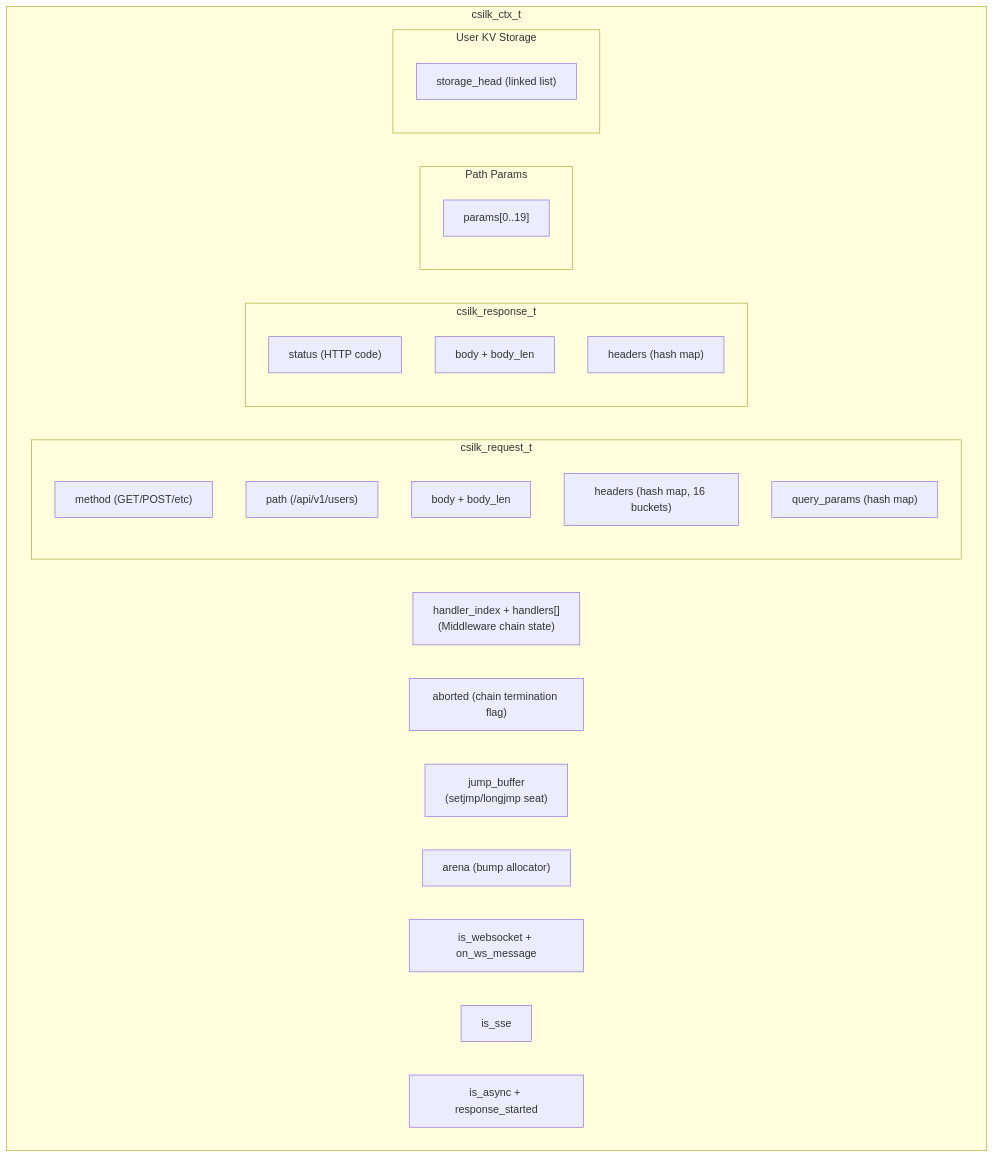
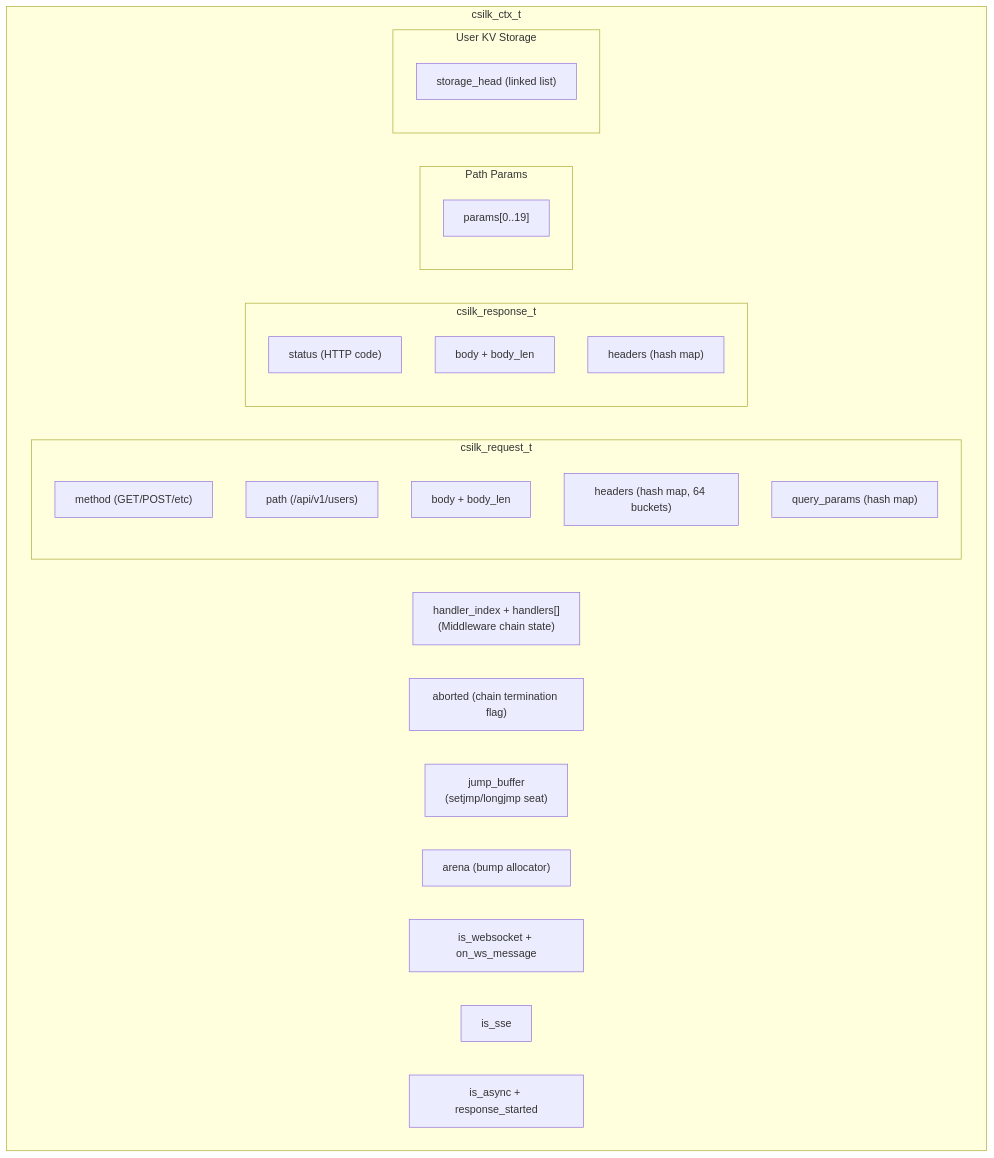
Before and after one commit to quintin-lee/csilk: the first of 5 diagrams in docs/module-design/context.md, drawn with Mermaid. The commit also changed 10 other files, not shown here.

````diff
--- a/docs/module-design/context.md
+++ b/docs/module-design/context.md
@@ -7,35 +7,35 @@
 ```mermaid
 graph TB
     subgraph "csilk_ctx_t"
         HW["handler_index + handlers[]\n(Middleware chain state)"]
         AB["aborted (chain termination flag)"]
         JB["jump_buffer\n(setjmp/longjmp seat)"]
 
         subgraph Request["csilk_request_t"]
             RM["method (GET/POST/etc)"]
             RP["path (/api/v1/users)"]
             RB["body + body_len"]
-            RH["headers (hash map, 16 buckets)"]
+            RH["headers (hash map, 64 buckets)"]
             RQ["query_params (hash map)"]
         end
 
         subgraph Response["csilk_response_t"]
             RS["status (HTTP code)"]
             RBODY["body + body_len"]
             RH2["headers (hash map)"]
         end
 
         subgraph Params["Path Params"]
             P1["params[0..19]"]
         end
 
         subgraph Storage["User KV Storage"]
             ST["storage_head (linked list)"]
         end
 
         AR["arena (bump allocator)"]
         WS["is_websocket + on_ws_message"]
         SE["is_sse"]
         AS["is_async + response_started"]
     end
 ```
````
